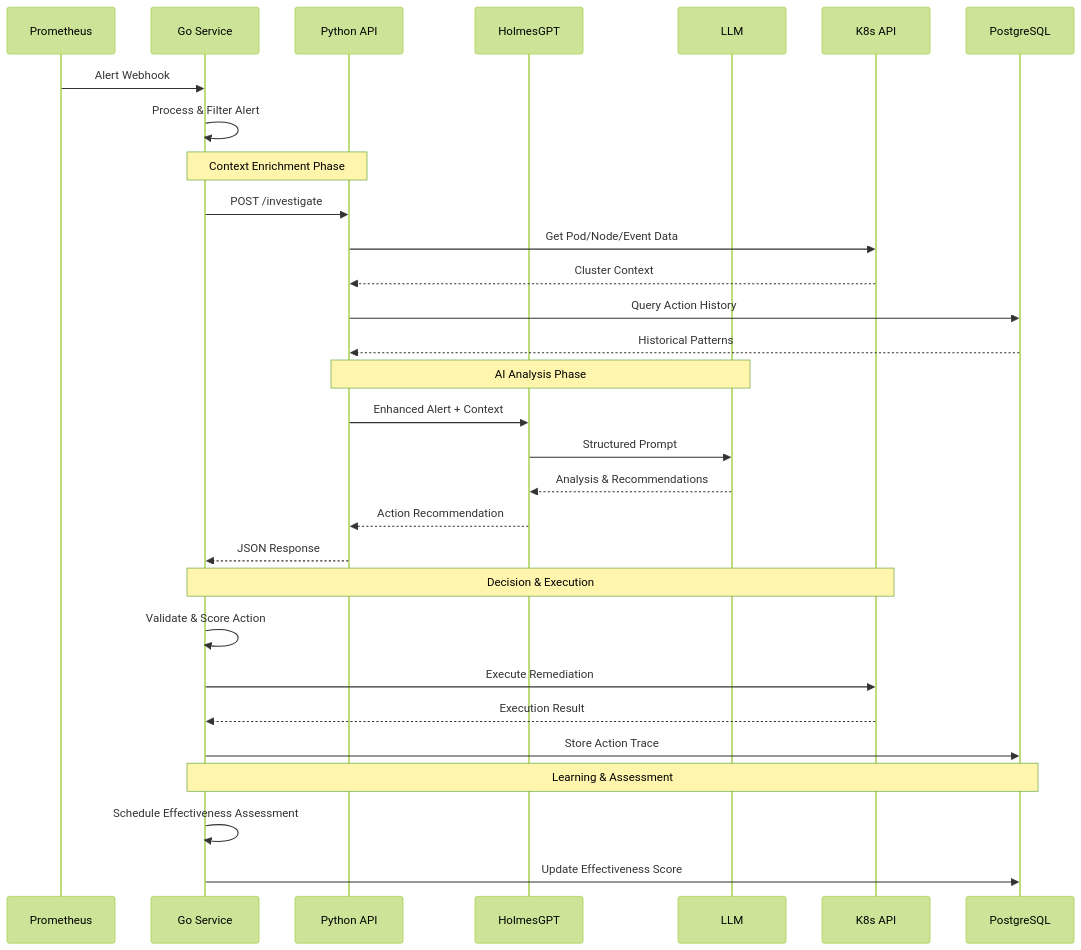
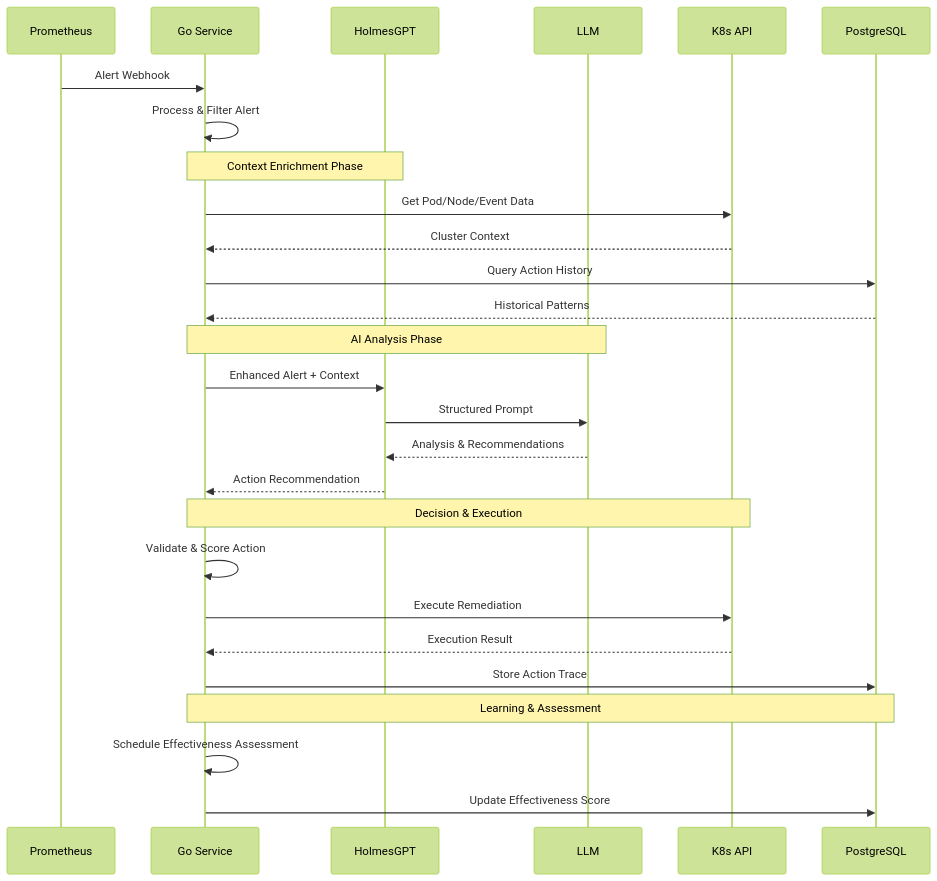
Before and after one commit to jordigilh/kubernaut: the second of 3 diagrams in README.md, drawn with Mermaid (forest theme). The commit also changed other lines of this file and 9081 other files, not shown here.

````diff
--- a/README.md
+++ b/README.md
@@ -94,37 +135,34 @@
 ```mermaid
 sequenceDiagram
     participant Prometheus
     participant Go Service
-    participant Python API
     participant HolmesGPT
     participant LLM
     participant K8s API
     participant PostgreSQL
 
     Prometheus->>Go Service: Alert Webhook
     Go Service->>Go Service: Process & Filter Alert
 
-    note over Go Service,Python API: Context Enrichment Phase
-    Go Service->>Python API: POST /investigate
-    Python API->>K8s API: Get Pod/Node/Event Data
-    K8s API-->>Python API: Cluster Context
-    Python API->>PostgreSQL: Query Action History
-    PostgreSQL-->>Python API: Historical Patterns
+    note over Go Service,HolmesGPT: Context Enrichment Phase
+    Go Service->>K8s API: Get Pod/Node/Event Data
+    K8s API-->>Go Service: Cluster Context
+    Go Service->>PostgreSQL: Query Action History
+    PostgreSQL-->>Go Service: Historical Patterns
 
-    note over Python API,LLM: AI Analysis Phase
-    Python API->>HolmesGPT: Enhanced Alert + Context
+    note over Go Service,LLM: AI Analysis Phase
+    Go Service->>HolmesGPT: Enhanced Alert + Context
     HolmesGPT->>LLM: Structured Prompt
     LLM-->>HolmesGPT: Analysis & Recommendations
-    HolmesGPT-->>Python API: Action Recommendation
-    Python API-->>Go Service: JSON Response
+    HolmesGPT-->>Go Service: Action Recommendation
 
     note over Go Service,K8s API: Decision & Execution
     Go Service->>Go Service: Validate & Score Action
     Go Service->>K8s API: Execute Remediation
     K8s API-->>Go Service: Execution Result
     Go Service->>PostgreSQL: Store Action Trace
 
     note over Go Service,PostgreSQL: Learning & Assessment
     Go Service->>Go Service: Schedule Effectiveness Assessment
     Go Service->>PostgreSQL: Update Effectiveness Score
 ```
````
